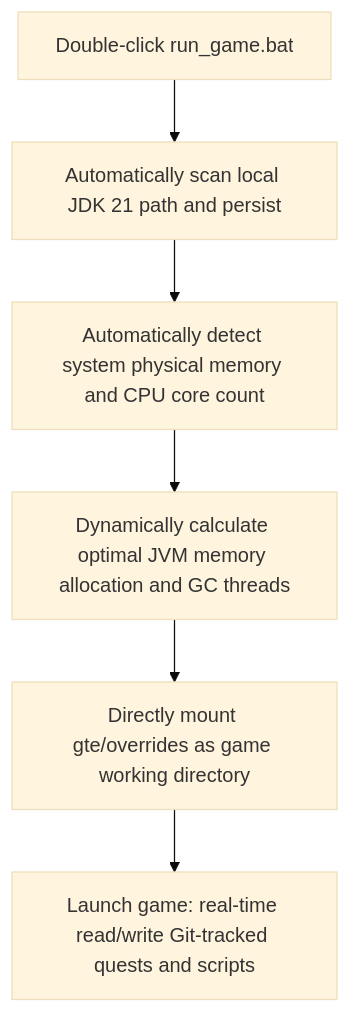
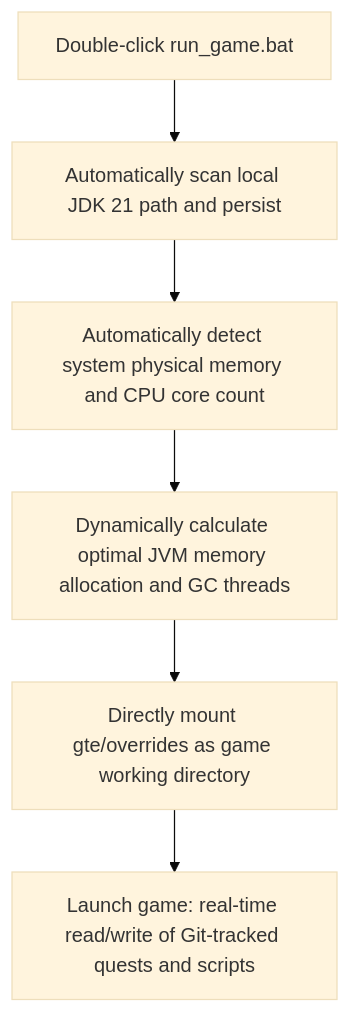
The diagram in docs/en/development/runtime-and-launchers.md (takanashisatou/GregtechEasy), drawn with Mermaid (base theme) before and after one commit. The commit also changed other lines of this file and 138 other files, not shown here.

````diff
--- a/docs/en/development/runtime-and-launchers.md
+++ b/docs/en/development/runtime-and-launchers.md
@@ -11,8 +11,8 @@
 ```mermaid
 graph TD
     A[Double-click run_game.bat] --> B[Automatically scan local JDK 21 path and persist]
     B --> C[Automatically detect system physical memory and CPU core count]
     C --> D[Dynamically calculate optimal JVM memory allocation and GC threads]
     D --> E[Directly mount gte/overrides as game working directory]
-    E --> F[Launch game: real-time read/write Git-tracked quests and scripts]
+    E --> F[Launch game: real-time read/write of Git-tracked quests and scripts]
 ```
````
